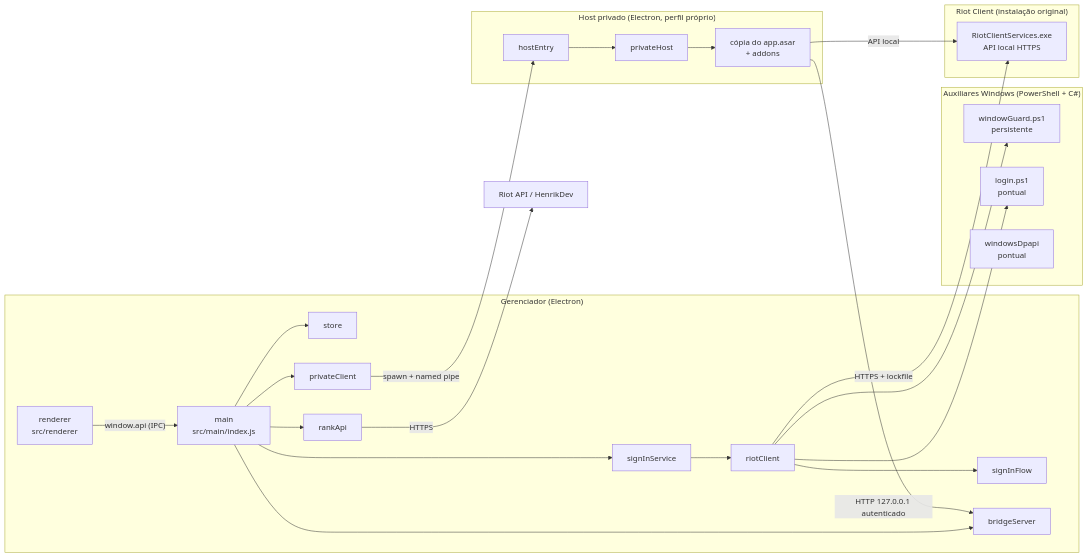
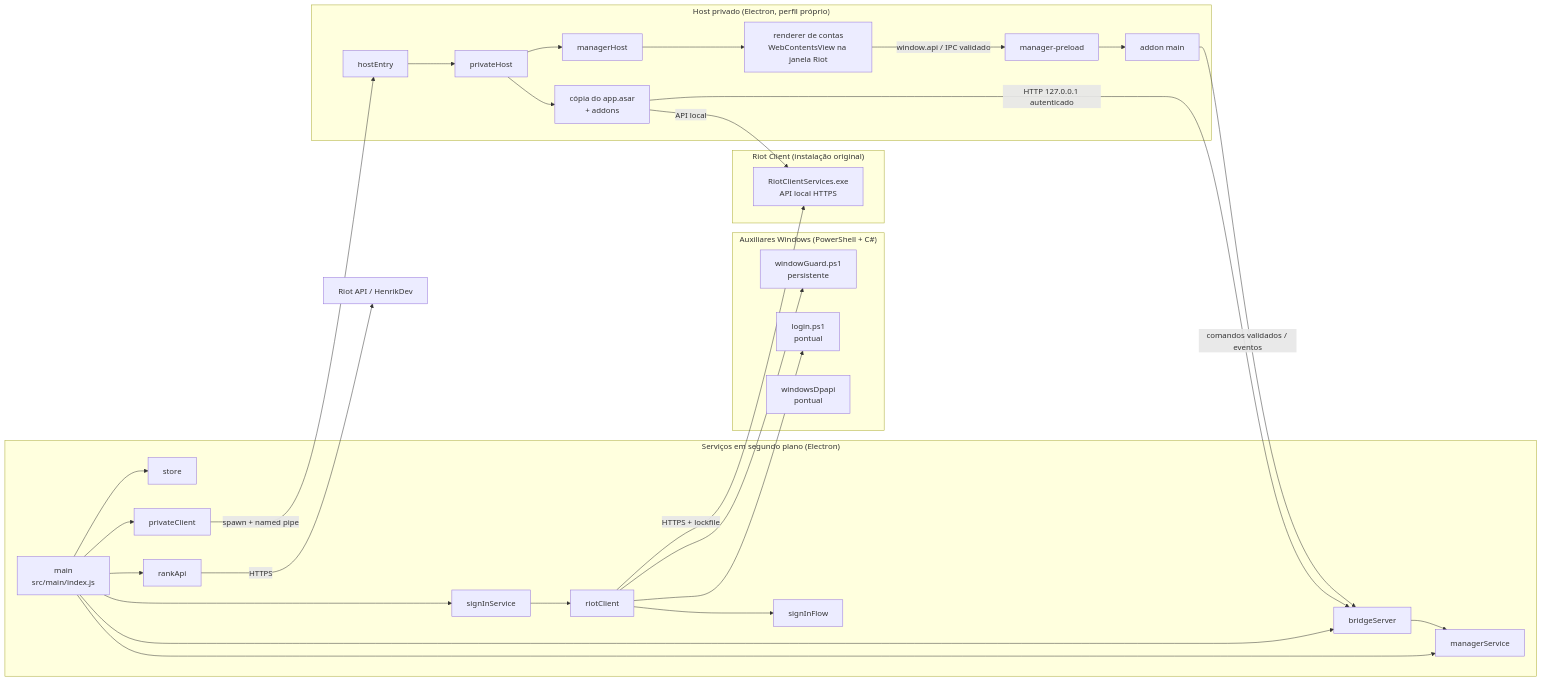
Before and after one commit to arthurmchd/eclipse: the first of 2 diagrams in docs/02 Arquitetura/Arquitetura.md, drawn with Mermaid. The commit also changed other lines of this file and 103 other files, not shown here.

First line of the commit message:
Mostra os cartões de contas presos à janela do Riot

````diff
--- a/docs/02 Arquitetura/Arquitetura.md
+++ b/docs/02 Arquitetura/Arquitetura.md
@@ -12,36 +12,42 @@
 ```mermaid
 flowchart LR
-  subgraph Gerenciador["Gerenciador (Electron)"]
-    R["renderer<br/>src/renderer"] -- "window.api (IPC)" --> M["main<br/>src/main/index.js"]
+  subgraph Gerenciador["Serviços em segundo plano (Electron)"]
+    M["main<br/>src/main/index.js"] --> MS[managerService]
     M --> S[store]
     M --> SS[signInService]
     M --> RA[rankApi]
     SS --> RC[riotClient]
     RC --> SF[signInFlow]
     M --> BR[bridgeServer]
     M --> PC[privateClient]
   end
 
   subgraph Windows["Auxiliares Windows (PowerShell + C#)"]
     WG["windowGuard.ps1<br/>persistente"]
     LG["login.ps1<br/>pontual"]
     DP["windowsDpapi<br/>pontual"]
   end
 
   subgraph Riot["Riot Client (instalação original)"]
     RCS["RiotClientServices.exe<br/>API local HTTPS"]
   end
 
   subgraph Host["Host privado (Electron, perfil próprio)"]
     HE[hostEntry] --> PH[privateHost]
     PH --> UI["cópia do app.asar<br/>+ addons"]
+    PH --> MH[managerHost]
+    MH --> R["renderer de contas<br/>WebContentsView na janela Riot"]
+    R -- "window.api / IPC validado" --> MP[manager-preload]
+    MP --> AD[addon main]
   end
 
   RC -- "HTTPS + lockfile" --> RCS
   RC --> WG
   RC --> LG
   PC -- "spawn + named pipe" --> HE
   UI -- "HTTP 127.0.0.1 autenticado" --> BR
+  AD -- "comandos validados / eventos" --> BR
+  BR --> MS
   UI -- "API local" --> RCS
   RA -- "HTTPS" --> APIs["Riot API / HenrikDev"]
 ```
````
